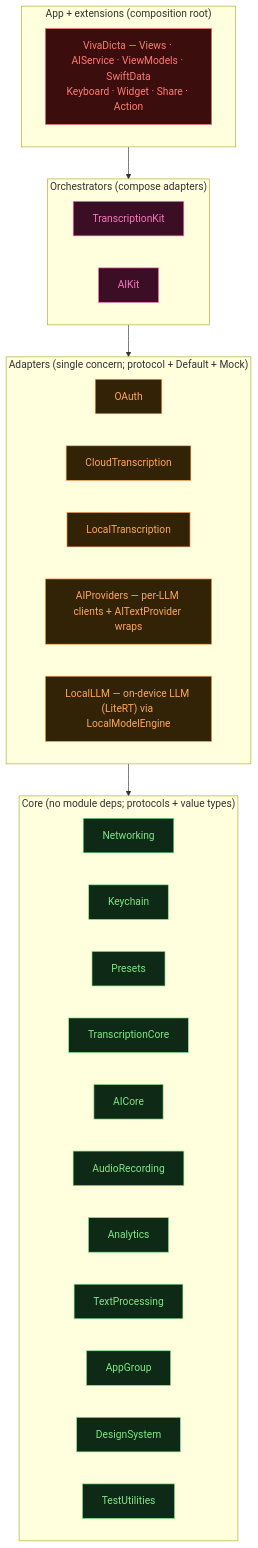
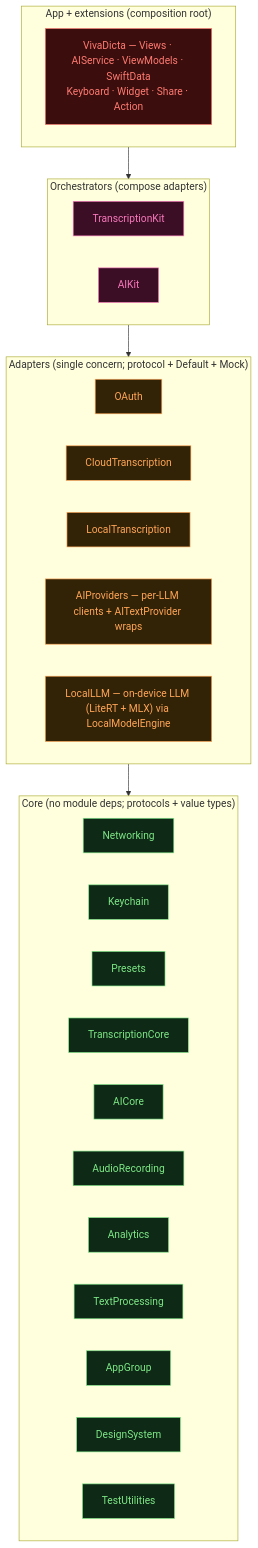
The first of 4 diagrams in documentation/Module-Architecture.md (n0an/VivaDicta), drawn with Mermaid before and after one commit. The commit also changed other lines of this file and 9 other files, not shown here.

First line of the commit message:
Move the MLX on-device LLM runtime into the LocalLLM module

````diff
--- a/documentation/Module-Architecture.md
+++ b/documentation/Module-Architecture.md
@@ -18,37 +18,37 @@
 ```mermaid
 flowchart TB
   classDef core fill:#0e2a16,stroke:#7ee787,color:#7ee787
   classDef adapter fill:#332306,stroke:#ffa657,color:#ffa657
   classDef orchestrator fill:#3b0e26,stroke:#f778ba,color:#f778ba
   classDef app fill:#3b0d0d,stroke:#ff7b72,color:#ff7b72
 
   subgraph APP["App + extensions (composition root)"]
     VivaDicta["VivaDicta — Views · AIService · ViewModels · SwiftData<br/>Keyboard · Widget · Share · Action"]:::app
   end
   subgraph ORCH["Orchestrators (compose adapters)"]
     TranscriptionKit:::orchestrator
     AIKit:::orchestrator
   end
   subgraph ADAPT["Adapters (single concern; protocol + Default + Mock)"]
     OAuth:::adapter
     CloudTranscription:::adapter
     LocalTranscription:::adapter
     AIProviders["AIProviders — per-LLM clients + AITextProvider wraps"]:::adapter
-    LocalLLM["LocalLLM — on-device LLM (LiteRT) via LocalModelEngine"]:::adapter
+    LocalLLM["LocalLLM — on-device LLM (LiteRT + MLX) via LocalModelEngine"]:::adapter
   end
   subgraph CORE["Core (no module deps; protocols + value types)"]
     Networking:::core
     Keychain:::core
     Presets:::core
     TranscriptionCore:::core
     AICore:::core
     AudioRecording:::core
     Analytics:::core
     TextProcessing:::core
     AppGroup:::core
     DesignSystem:::core
     TestUtilities:::core
   end
 
   APP --> ORCH --> ADAPT --> CORE
 ```
````
